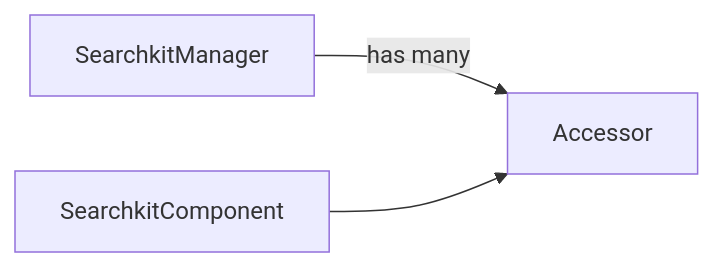
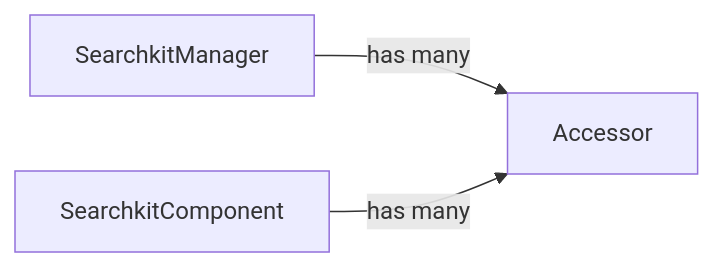
Before and after one commit to searchkit/searchkit: the diagram in docs/core/Architecture.md, drawn with Mermaid.

Commit message:
Graph updated
Components can have multiple references to Accessors

````diff
--- a/docs/core/Architecture.md
+++ b/docs/core/Architecture.md
@@ -15,5 +15,5 @@
 ```mermaid
 graph LR
   SearchkitManager-->|has many|Accessor
-  SearchkitComponent-->Accessor
+  SearchkitComponent-->|has many|Accessor
 ```
````
